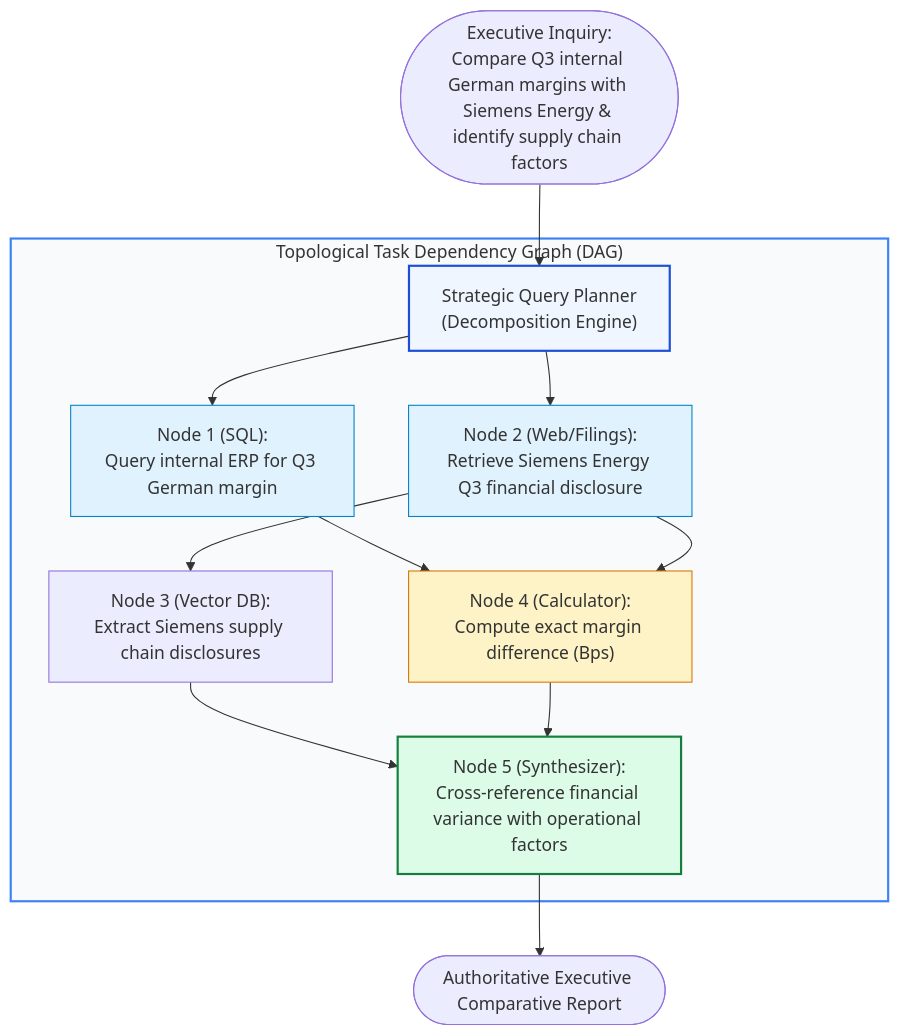
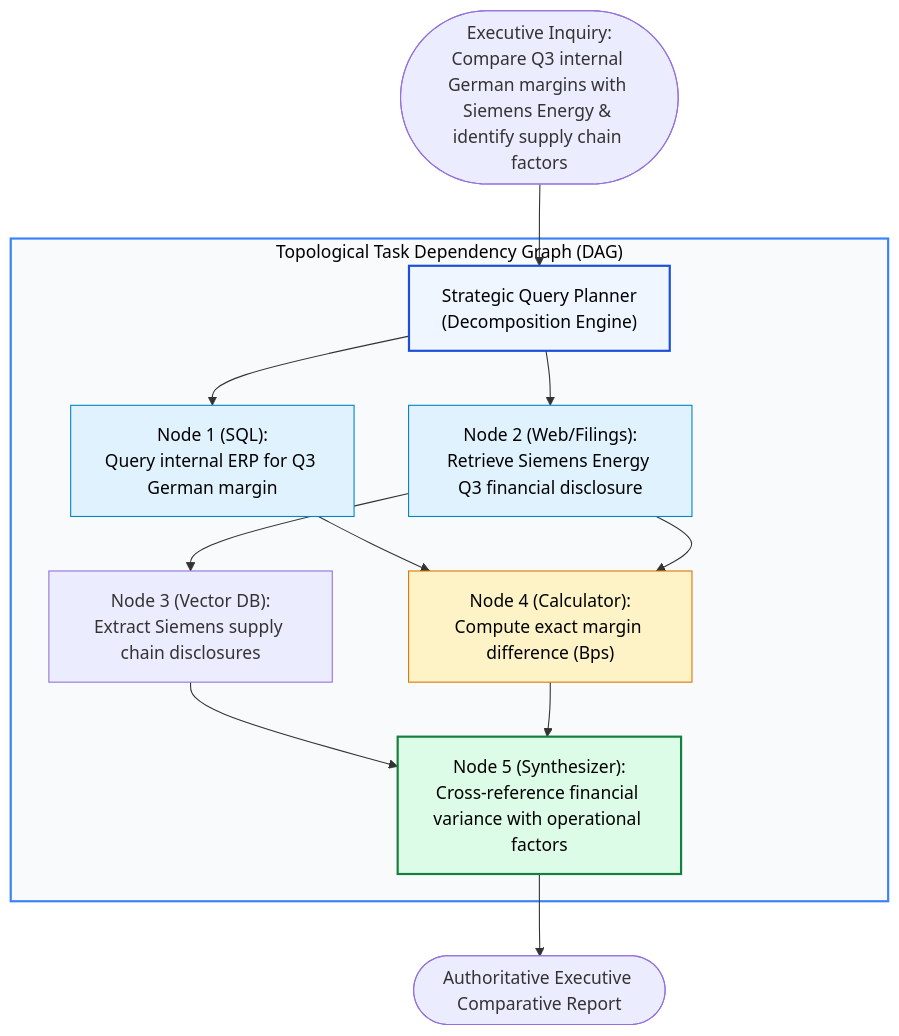
The first of 5 diagrams in 07-Agentic-RAG/Query-Planning.md (swapnil3104/RAG-Engineering), drawn with Mermaid before and after one commit. The commit also changed other lines of this file and 108 other files, not shown here.

Commit message:
fix: make chart text visible across all Mermaid diagrams and resolve markdown table formatting issues

````diff
--- a/07-Agentic-RAG/Query-Planning.md
+++ b/07-Agentic-RAG/Query-Planning.md
@@ -32,28 +32,28 @@
 ```mermaid
 flowchart TD
     UserQuery(["Executive Inquiry:<br/>Compare Q3 internal German margins with Siemens Energy & identify supply chain factors"])
     
     UserQuery --> Planner["Strategic Query Planner<br/>(Decomposition Engine)"]
     
     subgraph ExecutionDAG ["Topological Task Dependency Graph (DAG)"]
         Planner --> Node1["Node 1 (SQL):<br/>Query internal ERP for Q3 German margin"]
         Planner --> Node2["Node 2 (Web/Filings):<br/>Retrieve Siemens Energy Q3 financial disclosure"]
         
         Node2 --> Node3["Node 3 (Vector DB):<br/>Extract Siemens supply chain disclosures"]
         
         Node1 --> Node4["Node 4 (Calculator):<br/>Compute exact margin difference (Bps)"]
         Node2 --> Node4
         
         Node3 --> Synthesizer["Node 5 (Synthesizer):<br/>Cross-reference financial variance with operational factors"]
         Node4 --> Synthesizer
     end
     
     Synthesizer --> FinalReport([Authoritative Executive Comparative Report])
 
-    style ExecutionDAG fill:#f8fafc,stroke:#3b82f6,stroke-width:2px
-    style Planner fill:#eff6ff,stroke:#1d4ed8,stroke-width:2px
-    style Node1 fill:#e0f2fe,stroke:#0284c7,stroke-width:1px
-    style Node2 fill:#e0f2fe,stroke:#0284c7,stroke-width:1px
-    style Node4 fill:#fef3c7,stroke:#d97706,stroke-width:1px
-    style Synthesizer fill:#dcfce7,stroke:#15803d,stroke-width:2px
+    style ExecutionDAG fill:#f8fafc,stroke:#3b82f6,stroke-width:2px,color:#000000
+    style Planner fill:#eff6ff,stroke:#1d4ed8,stroke-width:2px,color:#000000
+    style Node1 fill:#e0f2fe,stroke:#0284c7,stroke-width:1px,color:#000000
+    style Node2 fill:#e0f2fe,stroke:#0284c7,stroke-width:1px,color:#000000
+    style Node4 fill:#fef3c7,stroke:#d97706,stroke-width:1px,color:#000000
+    style Synthesizer fill:#dcfce7,stroke:#15803d,stroke-width:2px,color:#000000
 ```
````
